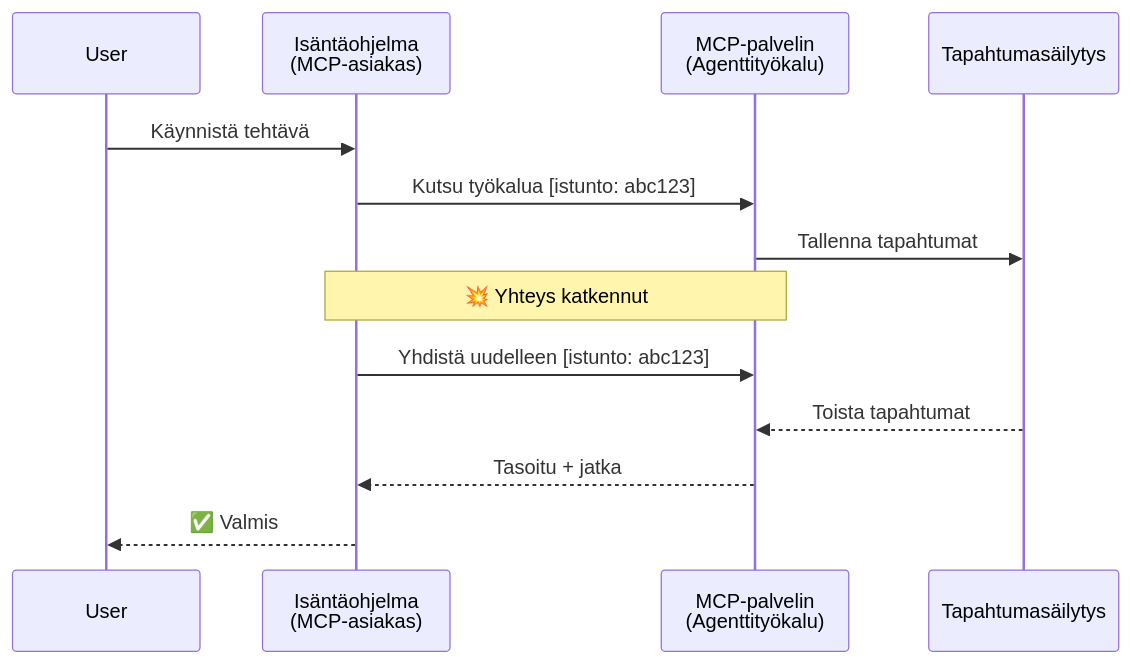
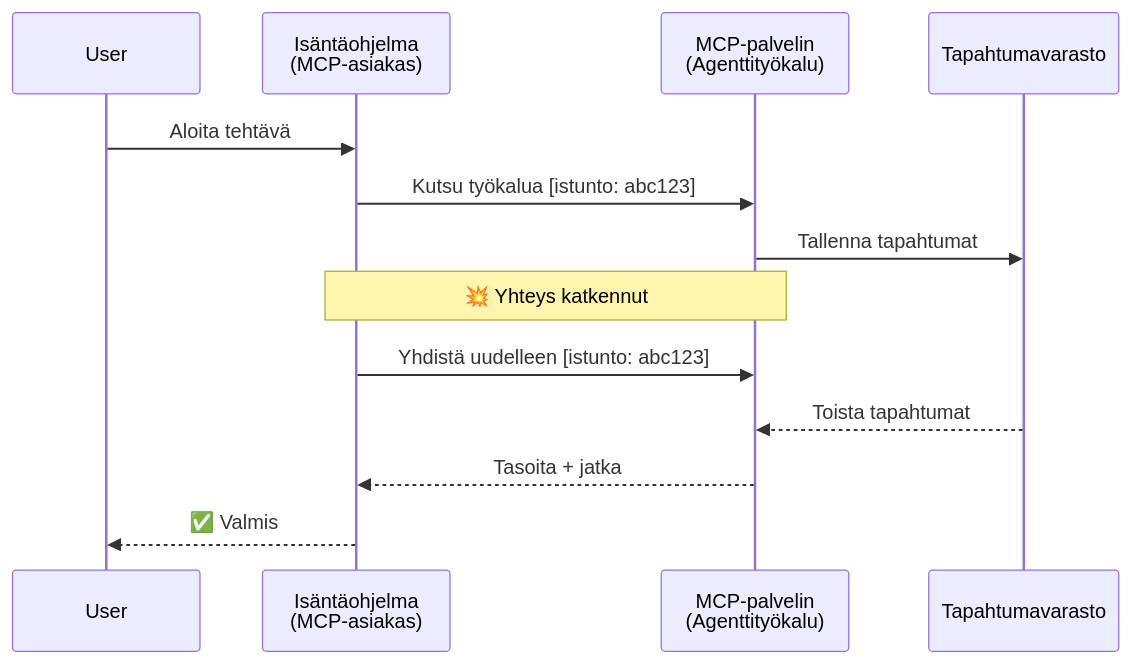
The second of 5 diagrams in mirrors/repos/microsoft@ai-agents-for-beginners/translations/fi/11-agentic-protocols/code_samples/mcp-agents/README.md (gabrielmoreira/agent-skills-mirror), drawn with Mermaid before and after one commit. The commit also changed other lines of this file and 4262 other files, not shown here.

````diff
--- a/mirrors/repos/microsoft@ai-agents-for-beginners/translations/fi/11-agentic-protocols/code_samples/mcp-agents/README.md
+++ b/mirrors/repos/microsoft@ai-agents-for-beginners/translations/fi/11-agentic-protocols/code_samples/mcp-agents/README.md
@@ -82,18 +82,18 @@
 ```mermaid
 sequenceDiagram
     participant User
     participant Host as Isäntäohjelma<br/>(MCP-asiakas)
     participant Server as MCP-palvelin<br/>(Agenttityökalu)
-    participant Store as Tapahtumasäilytys
+    participant Store as Tapahtumavarasto
 
-    User->>Host: Käynnistä tehtävä
+    User->>Host: Aloita tehtävä
     Host->>Server: Kutsu työkalua [istunto: abc123]
     Server->>Store: Tallenna tapahtumat
 
     Note over Host,Server: 💥 Yhteys katkennut
 
     Host->>Server: Yhdistä uudelleen [istunto: abc123]
     Store-->>Server: Toista tapahtumat
-    Server-->>Host: Tasoitu + jatka
+    Server-->>Host: Tasoita + jatka
     Host-->>User: ✅ Valmis
 ```
````
